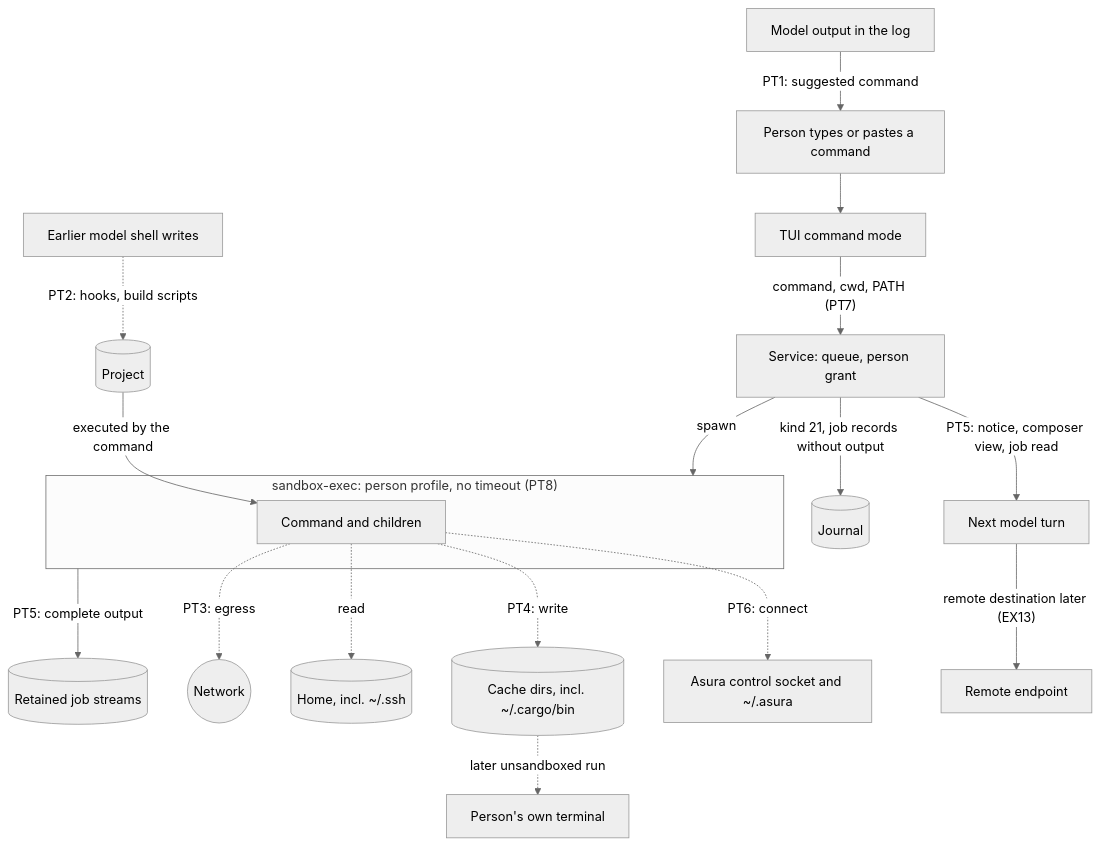
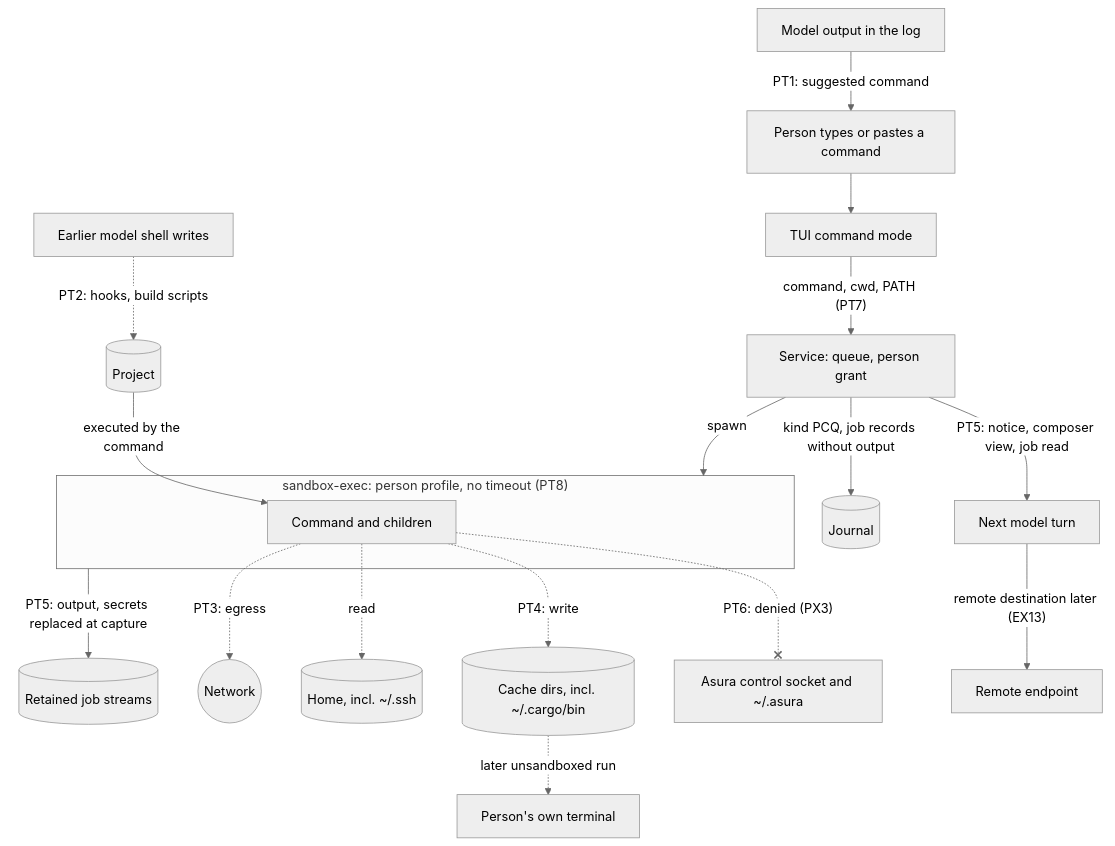
One commit to pidster/asura changed the second of 2 diagrams in docs/designs/execution-threat-model.md. Above: the diagram before and after it, drawn with Mermaid (neutral theme). The commit also changed other lines of this file and 5 other files, not shown here.

````diff
--- a/docs/designs/execution-threat-model.md
+++ b/docs/designs/execution-threat-model.md
@@ -186,21 +368,21 @@
 ```mermaid
 flowchart TD
     Model["Model output in the log"] -->|"PT1: suggested command"| Person["Person types or pastes a command"]
     Person --> TUI["TUI command mode"]
     TUI -->|"command, cwd, PATH (PT7)"| Svc["Service: queue, person grant"]
-    Svc -->|"kind 21, job records without output"| Journal[("Journal")]
-    Box -->|"PT5: complete output"| Retained[("Retained job streams")]
+    Svc -->|"kind PCQ, job records without output"| Journal[("Journal")]
+    Box -->|"PT5: output, secrets replaced at capture"| Retained[("Retained job streams")]
     Svc -->|"spawn"| Box
     subgraph Box["sandbox-exec: person profile, no timeout (PT8)"]
         Cmd["Command and children"]
     end
     ModelWrites["Earlier model shell writes"] -.->|"PT2: hooks, build scripts"| Proj[("Project")]
     Proj -->|"executed by the command"| Cmd
     Cmd -.->|"PT3: egress"| Net(("Network"))
     Cmd -.->|"read"| Home[("Home, incl. ~/.ssh")]
     Cmd -.->|"PT4: write"| Cache[("Cache dirs, incl. ~/.cargo/bin")]
-    Cmd -.->|"PT6: connect"| Ctl["Asura control socket and ~/.asura"]
+    Cmd -.-x|"PT6: denied (PX3)"| Ctl["Asura control socket and ~/.asura"]
     Svc -->|"PT5: notice, composer view, job read"| Next["Next model turn"]
     Next -->|"remote destination later (EX13)"| Remote["Remote endpoint"]
     Cache -.->|"later unsandboxed run"| Terminal["Person's own terminal"]
 ```
````
